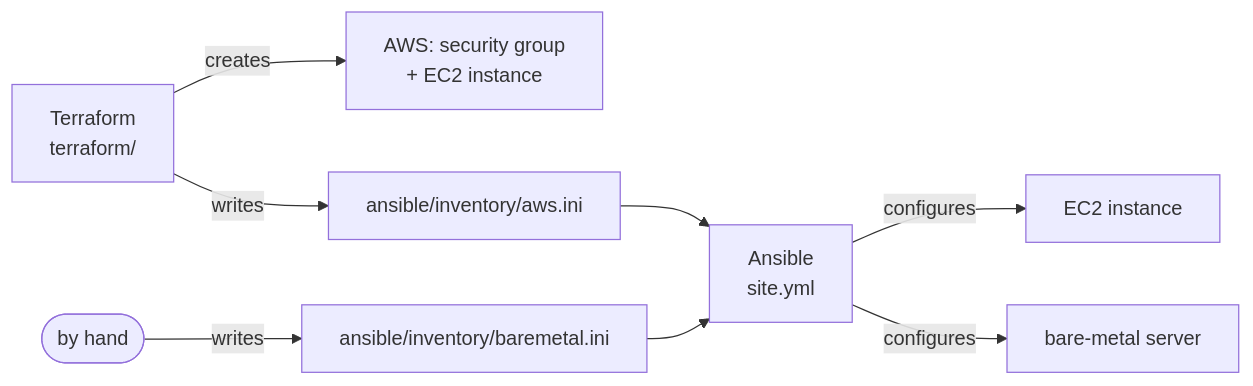
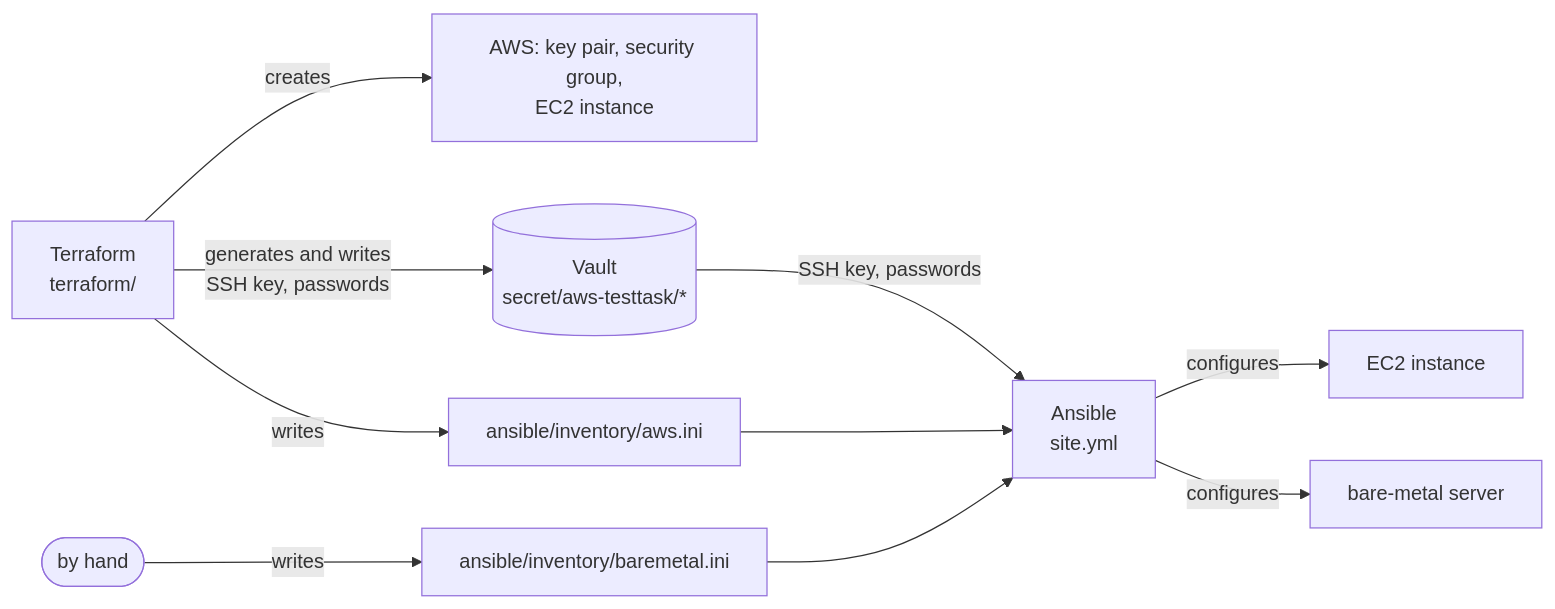
The second of 2 diagrams in README.md (Dmitriy282/AWS_TestTask), drawn with Mermaid before and after one commit. The commit also changed other lines of this file and 19 other files, not shown here.

````diff
--- a/README.md
+++ b/README.md
@@ -157,10 +170,13 @@
 ```mermaid
 flowchart LR
-    tf["Terraform<br/>terraform/"] -->|"creates"| aws["AWS: security group<br/>+ EC2 instance"]
+    vault[("Vault<br/>secret/aws-testtask/*")]
+    tf["Terraform<br/>terraform/"] -->|"creates"| aws["AWS: key pair, security group,<br/>EC2 instance"]
+    tf -->|"generates and writes<br/>SSH key, passwords"| vault
     tf -->|"writes"| inv_aws["ansible/inventory/aws.ini"]
     hand(["by hand"]) -->|"writes"| inv_bm["ansible/inventory/baremetal.ini"]
     inv_aws --> ans["Ansible<br/>site.yml"]
     inv_bm --> ans
+    vault -->|"SSH key, passwords"| ans
     ans -->|"configures"| ec2["EC2 instance"]
     ans -->|"configures"| bm["bare-metal server"]
 ```
````
